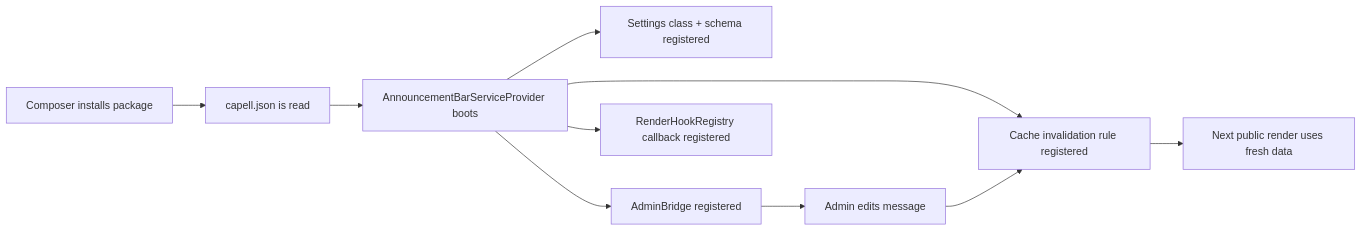
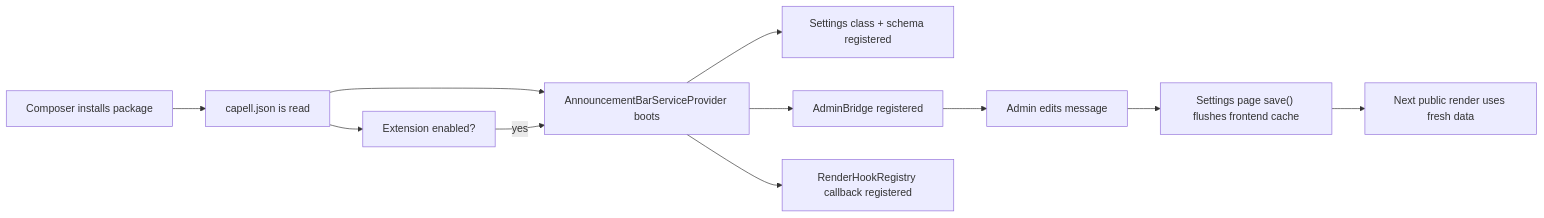
One commit to capell-app/capell changed the diagram in docs/packages/build-extension-end-to-end.md. Above: the diagram before and after it, drawn with Mermaid. The commit also changed other lines of this file and 14 other files, not shown here.

````diff
--- a/docs/packages/build-extension-end-to-end.md
+++ b/docs/packages/build-extension-end-to-end.md
@@ -46,12 +54,13 @@
 ```mermaid
 flowchart LR
     Composer["Composer installs package"] --> Manifest["capell.json is read"]
     Manifest --> Provider["AnnouncementBarServiceProvider boots"]
+    Manifest --> Enabled["Extension enabled?"]
+    Enabled -->|"yes"| Provider
     Provider --> Settings["Settings class + schema registered"]
     Provider --> Admin["AdminBridge registered"]
     Provider --> Frontend["RenderHookRegistry callback registered"]
-    Provider --> Cache["Cache invalidation rule registered"]
     Admin --> Editor["Admin edits message"]
-    Editor --> Cache
-    Cache --> Public["Next public render uses fresh data"]
+    Editor --> Save["Settings page save() flushes frontend cache"]
+    Save --> Public["Next public render uses fresh data"]
 ```
````
